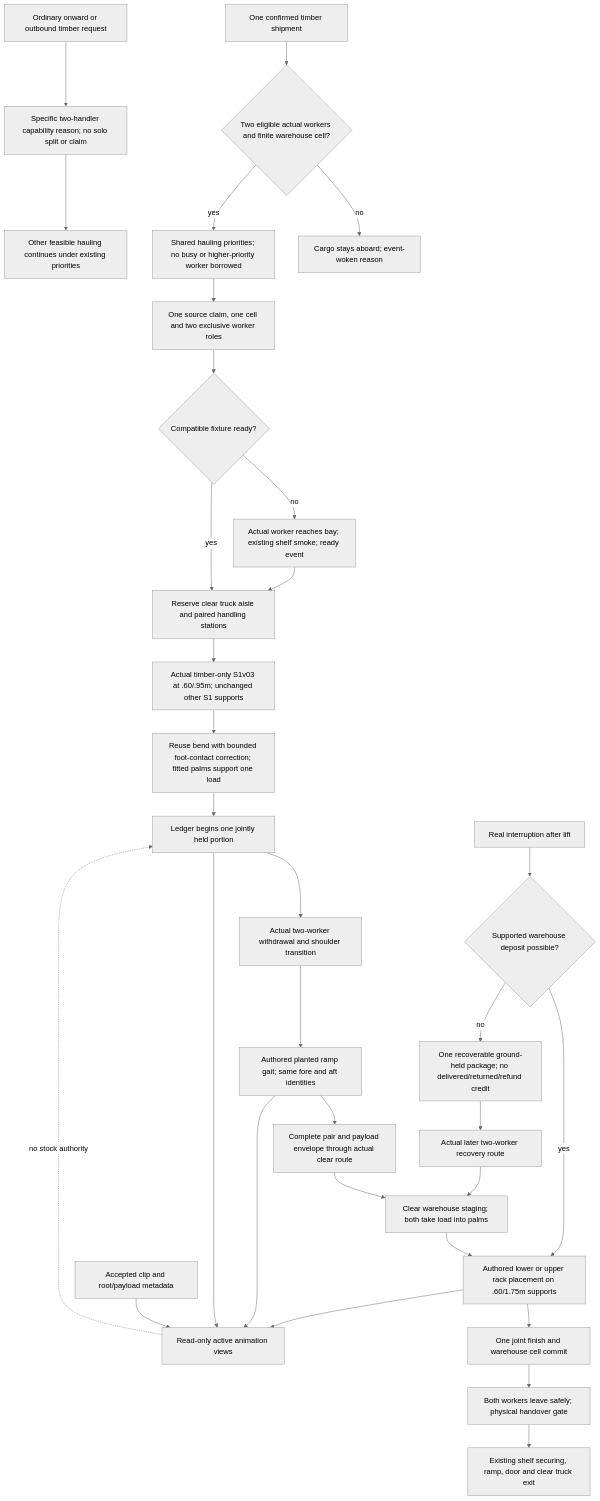
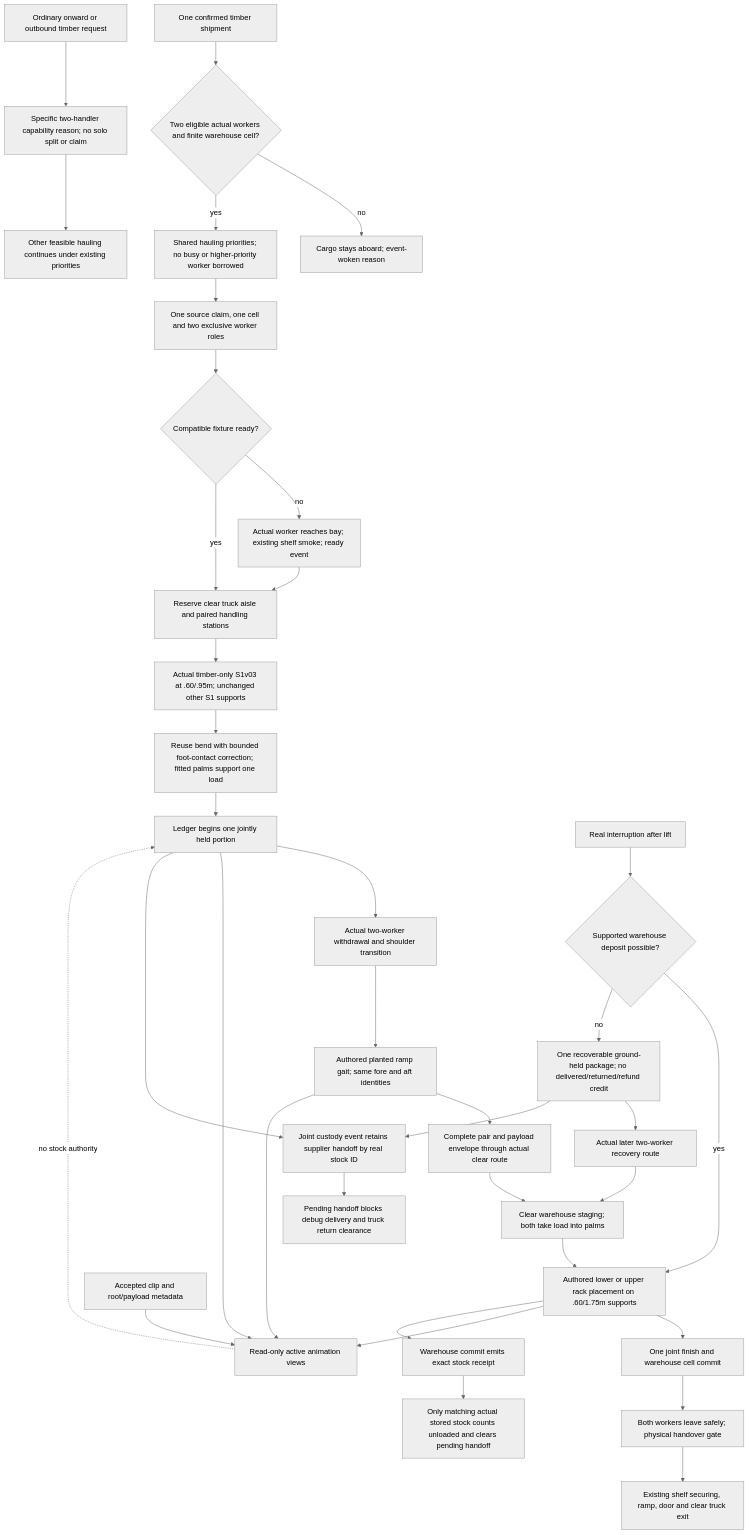
The diagram in docs/diagrams/paired_timber_delivery.mmd (TheInfinityIQ/Trencho_V4), drawn with Mermaid (neutral theme) before and after one commit. The commit also changed 13 other files, not shown here.

Commit message:
Retain paired timber custody until exact warehouse receipt

```diff
--- a/docs/diagrams/paired_timber_delivery.mmd
+++ b/docs/diagrams/paired_timber_delivery.mmd
@@ -1,32 +1,37 @@
 flowchart TD
   Order[One confirmed timber shipment] --> Ready{Two eligible actual workers and finite warehouse cell?}
   Onward[Ordinary onward or outbound timber request] --> Unsupported[Specific two-handler capability reason; no solo split or claim]
   Unsupported --> Other[Other feasible hauling continues under existing priorities]
   Ready -->|no| Hold[Cargo stays aboard; event-woken reason]
   Ready -->|yes| Priority[Shared hauling priorities; no busy or higher-priority worker borrowed]
   Priority --> Reserve[One source claim, one cell and two exclusive worker roles]
   Reserve --> Fixture{Compatible fixture ready?}
   Fixture -->|no| Prepare[Actual worker reaches bay; existing shelf smoke; ready event]
   Prepare --> Access
   Fixture -->|yes| Access[Reserve clear truck aisle and paired handling stations]
   Access --> Rack[Actual timber-only S1v03 at .60/.95m; unchanged other S1 supports]
   Rack --> Pickup[Reuse bend with bounded foot-contact correction; fitted palms support one load]
   Pickup --> Joint[Ledger begins one jointly held portion]
   Joint --> Withdraw[Actual two-worker withdrawal and shoulder transition]
   Withdraw --> Ramp[Authored planted ramp gait; same fore and aft identities]
   Ramp --> Route[Complete pair and payload envelope through actual clear route]
   Route --> Stage[Clear warehouse staging; both take load into palms]
   Stage --> Place[Authored lower or upper rack placement on .60/1.75m supports]
   Place --> Commit[One joint finish and warehouse cell commit]
   Commit --> Release[Both workers leave safely; physical handover gate]
   Release --> Depart[Existing shelf securing, ramp, door and clear truck exit]
   Pose[Accepted clip and root/payload metadata] --> View[Read-only active animation views]
   Joint --> View
   Ramp --> View
   Place --> View
   View -. no stock authority .-> Joint
   Interrupted[Real interruption after lift] --> Safe{Supported warehouse deposit possible?}
   Safe -->|yes| Place
   Safe -->|no| Ground[One recoverable ground-held package; no delivered/returned/refund credit]
   Ground --> Recover[Actual later two-worker recovery route]
   Recover --> Stage
+  Joint --> Custody[Joint custody event retains supplier handoff by real stock ID]
+  Ground --> Custody
+  Custody --> Guard[Pending handoff blocks debug delivery and truck return clearance]
+  Place --> Receipt[Warehouse commit emits exact stock receipt]
+  Receipt --> Account[Only matching actual stored stock counts unloaded and clears pending handoff]
```
